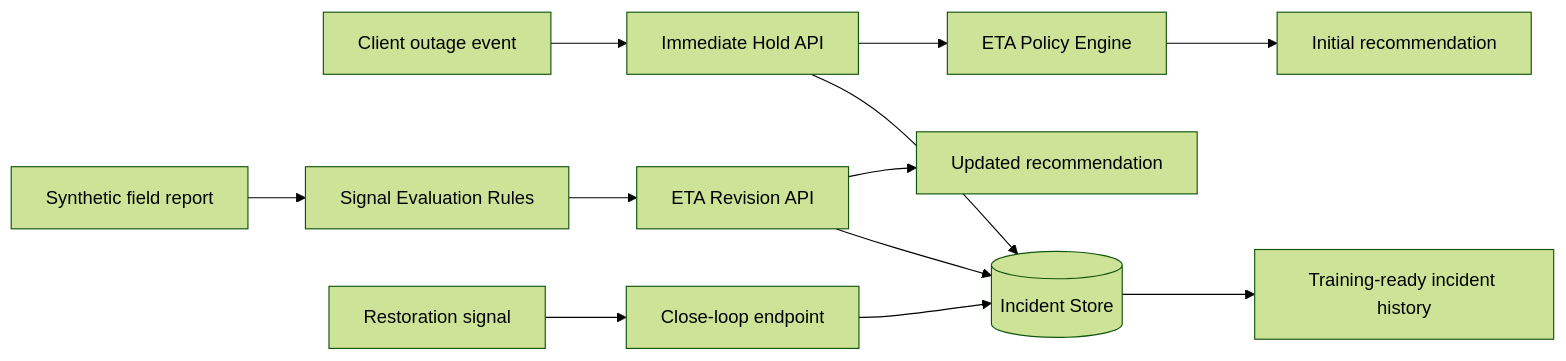
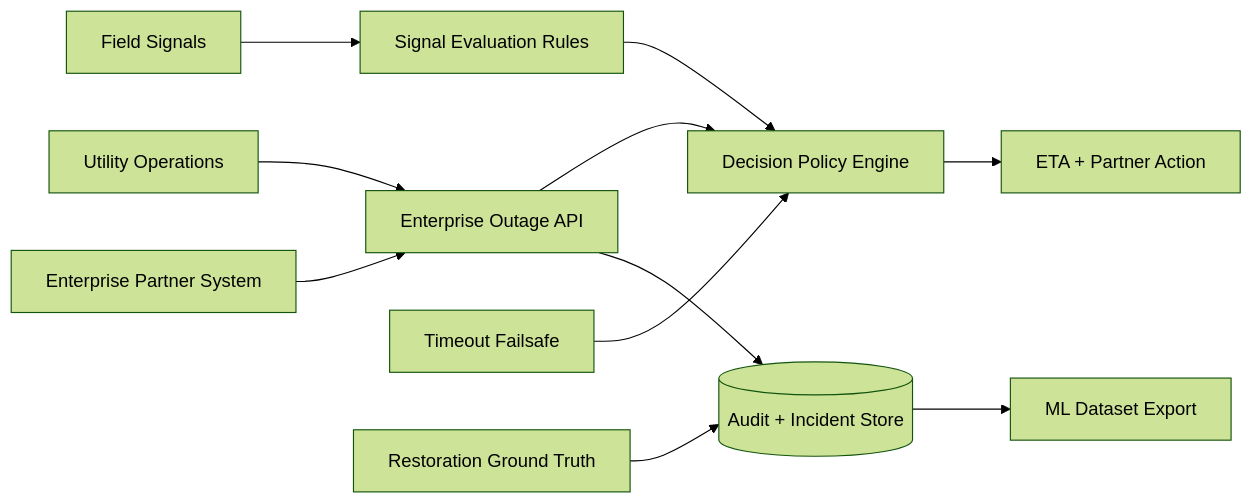
The diagram in README.md (Pattarabordee/outage-intelligence-mvp), drawn with Mermaid (forest theme) before and after one commit. The commit also changed other lines of this file and 21 other files, not shown here.

Commit message:
Reposition as enterprise outage intelligence product

````diff
--- a/README.md
+++ b/README.md
@@ -38,16 +46,13 @@
 ```mermaid
 flowchart LR
-    A[Client outage event] --> B[Immediate Hold API]
-    B --> C[(Incident Store)]
-    B --> D[ETA Policy Engine]
-    D --> E[Initial recommendation]
-
-    F[Synthetic field report] --> G[Signal Evaluation Rules]
-    G --> H[ETA Revision API]
-    H --> C
-    H --> I[Updated recommendation]
-
-    J[Restoration signal] --> K[Close-loop endpoint]
-    K --> C
-    C --> L[Training-ready incident history]
+    A[Utility Operations] --> B[Enterprise Outage API]
+    C[Enterprise Partner System] --> B
+    B --> D[Decision Policy Engine]
+    D --> E[ETA + Partner Action]
+    F[Field Signals] --> G[Signal Evaluation Rules]
+    G --> D
+    B --> H[(Audit + Incident Store)]
+    I[Timeout Failsafe] --> D
+    J[Restoration Ground Truth] --> H
+    H --> K[ML Dataset Export]
 ```
````
